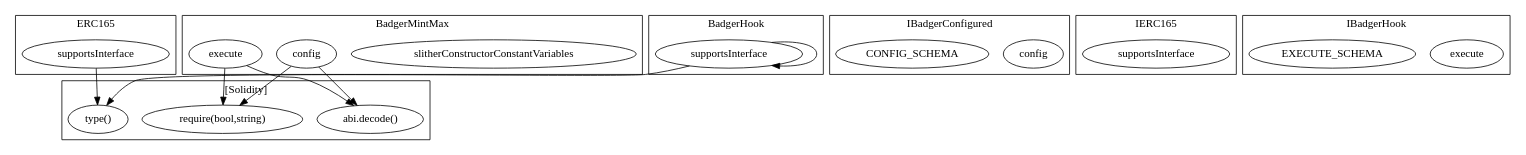
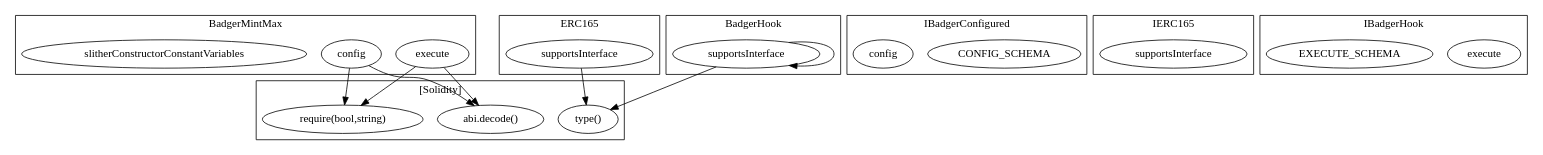
The diagram in contracts/build/...BadgerMintMax.call-graph.dot (FlipsideCrypto/badger), drawn with Graphviz before and after one commit. The commit also changed 110 other files, not shown here.

```diff
--- a/contracts/build/...BadgerMintMax.call-graph.dot
+++ b/contracts/build/...BadgerMintMax.call-graph.dot
@@ -1,37 +1,37 @@
 strict digraph {
-subgraph cluster_2786_ERC165 {
+subgraph cluster_5537_BadgerMintMax {
+label = "BadgerMintMax"
+"5537_execute" [label="execute"]
+"5537_config" [label="config"]
+"5537_slitherConstructorConstantVariables" [label="slitherConstructorConstantVariables"]
+}subgraph cluster_6468_IBadgerConfigured {
+label = "IBadgerConfigured"
+"6468_CONFIG_SCHEMA" [label="CONFIG_SCHEMA"]
+"6468_config" [label="config"]
+}subgraph cluster_3081_ERC165 {
 label = "ERC165"
-"2786_supportsInterface" [label="supportsInterface"]
-}subgraph cluster_5155_BadgerMintMax {
-label = "BadgerMintMax"
-"5155_slitherConstructorConstantVariables" [label="slitherConstructorConstantVariables"]
-"5155_config" [label="config"]
-"5155_execute" [label="execute"]
-}subgraph cluster_6086_IBadgerConfigured {
-label = "IBadgerConfigured"
-"6086_config" [label="config"]
-"6086_CONFIG_SCHEMA" [label="CONFIG_SCHEMA"]
-}subgraph cluster_2798_IERC165 {
+"3081_supportsInterface" [label="supportsInterface"]
+}subgraph cluster_3093_IERC165 {
 label = "IERC165"
-"2798_supportsInterface" [label="supportsInterface"]
-}subgraph cluster_4601_BadgerHook {
+"3093_supportsInterface" [label="supportsInterface"]
+}subgraph cluster_6488_IBadgerHook {
+label = "IBadgerHook"
+"6488_execute" [label="execute"]
+"6488_EXECUTE_SCHEMA" [label="EXECUTE_SCHEMA"]
+}subgraph cluster_4956_BadgerHook {
 label = "BadgerHook"
-"4601_supportsInterface" [label="supportsInterface"]
-"4601_supportsInterface" -> "4601_supportsInterface"
-}subgraph cluster_6106_IBadgerHook {
-label = "IBadgerHook"
-"6106_execute" [label="execute"]
-"6106_EXECUTE_SCHEMA" [label="EXECUTE_SCHEMA"]
+"4956_supportsInterface" [label="supportsInterface"]
+"4956_supportsInterface" -> "4956_supportsInterface"
 }subgraph cluster_solidity {
 label = "[Solidity]"
 "abi.decode()" 
+"require(bool,string)" 
 "type()" 
-"require(bool,string)" 
-"2786_supportsInterface" -> "type()"
-"5155_execute" -> "require(bool,string)"
-"5155_config" -> "abi.decode()"
-"5155_config" -> "require(bool,string)"
-"5155_execute" -> "abi.decode()"
-"4601_supportsInterface" -> "type()"
+"5537_config" -> "require(bool,string)"
+"3081_supportsInterface" -> "type()"
+"5537_execute" -> "require(bool,string)"
+"5537_execute" -> "abi.decode()"
+"4956_supportsInterface" -> "type()"
+"5537_config" -> "abi.decode()"
 }
 }
```
